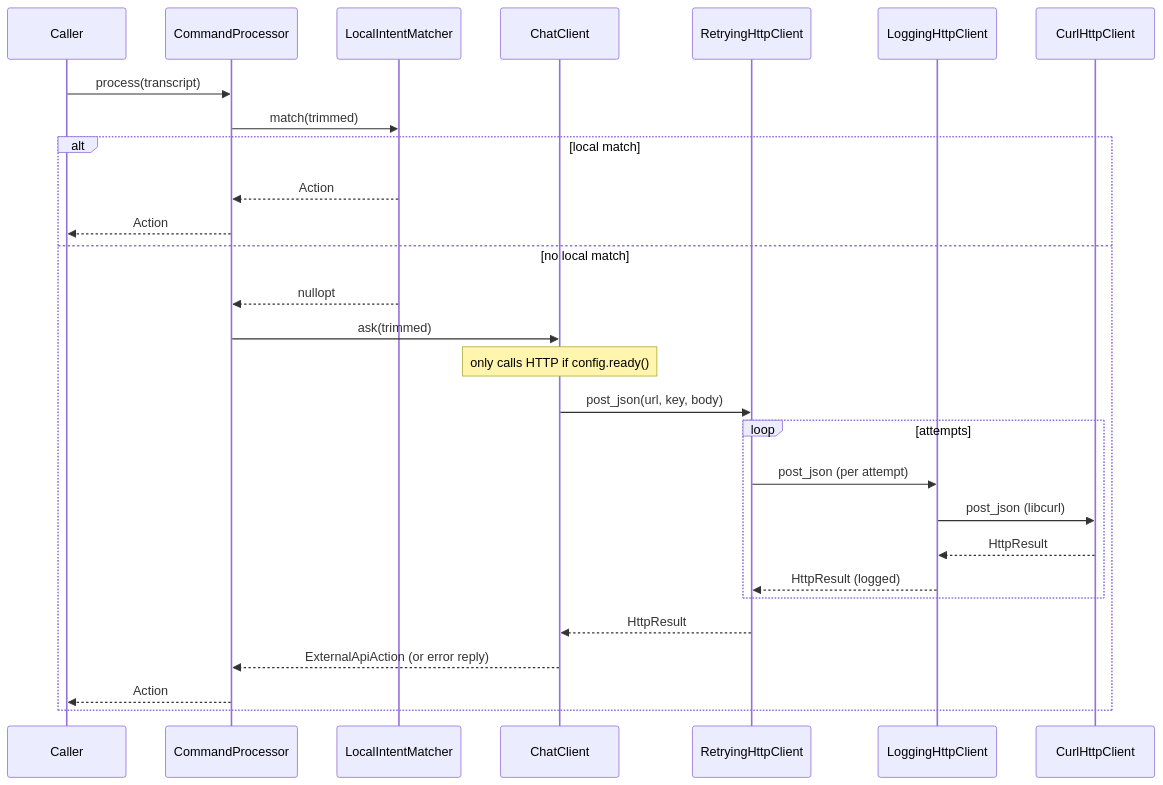
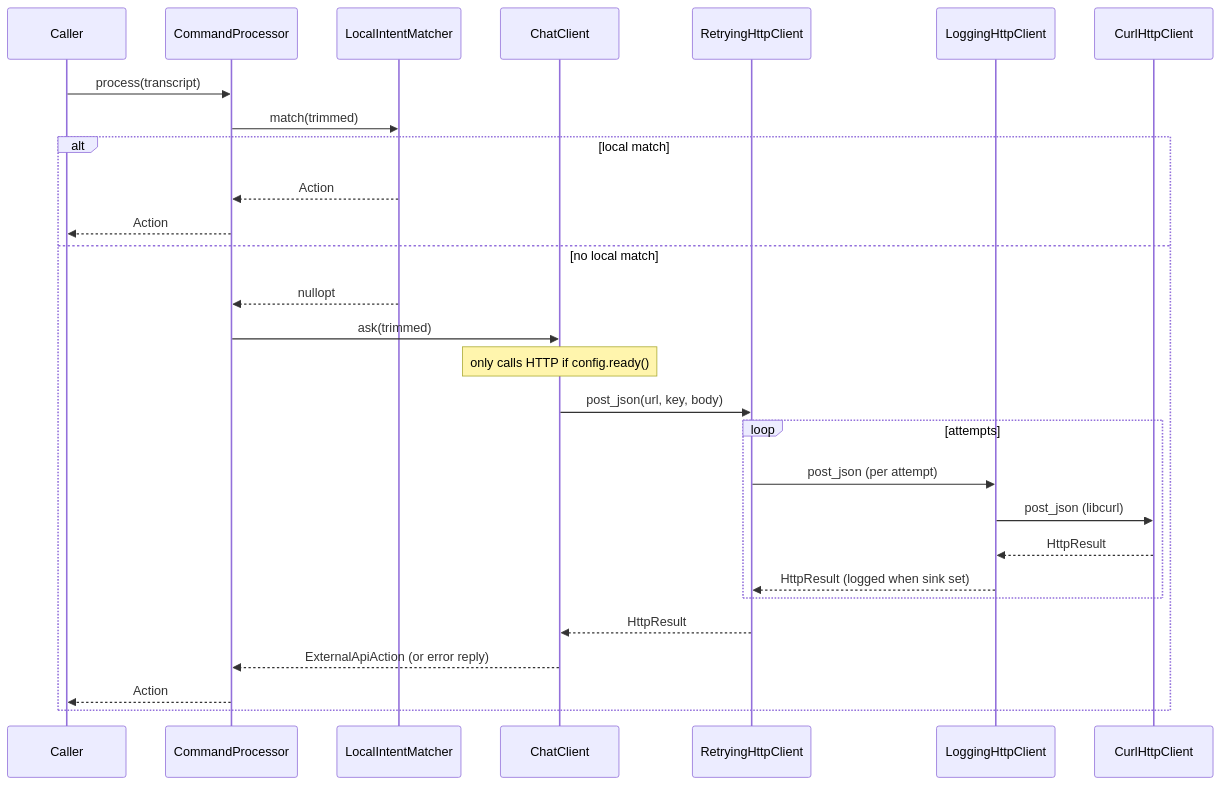
Before and after one commit to vduckute1812/hecquin: the second of 2 diagrams in sound/src/ai/README.md, drawn with Mermaid. The commit also changed other lines of this file and 16 other files, not shown here.

````diff
--- a/sound/src/ai/README.md
+++ b/sound/src/ai/README.md
@@ -125,31 +132,31 @@
 ```mermaid
 sequenceDiagram
     participant Caller
     participant Cmd as CommandProcessor
     participant M as LocalIntentMatcher
     participant Chat as ChatClient
     participant Retry as RetryingHttpClient
     participant Log as LoggingHttpClient
     participant Curl as CurlHttpClient
 
     Caller->>Cmd: process(transcript)
     Cmd->>M: match(trimmed)
     alt local match
         M-->>Cmd: Action
         Cmd-->>Caller: Action
     else no local match
         M-->>Cmd: nullopt
         Cmd->>Chat: ask(trimmed)
         Note over Chat: only calls HTTP if config.ready()
         Chat->>Retry: post_json(url, key, body)
         loop attempts
             Retry->>Log: post_json (per attempt)
             Log->>Curl: post_json (libcurl)
             Curl-->>Log: HttpResult
-            Log-->>Retry: HttpResult (logged)
+            Log-->>Retry: HttpResult (logged when sink set)
         end
         Retry-->>Chat: HttpResult
         Chat-->>Cmd: ExternalApiAction (or error reply)
         Cmd-->>Caller: Action
     end
 ```
````
